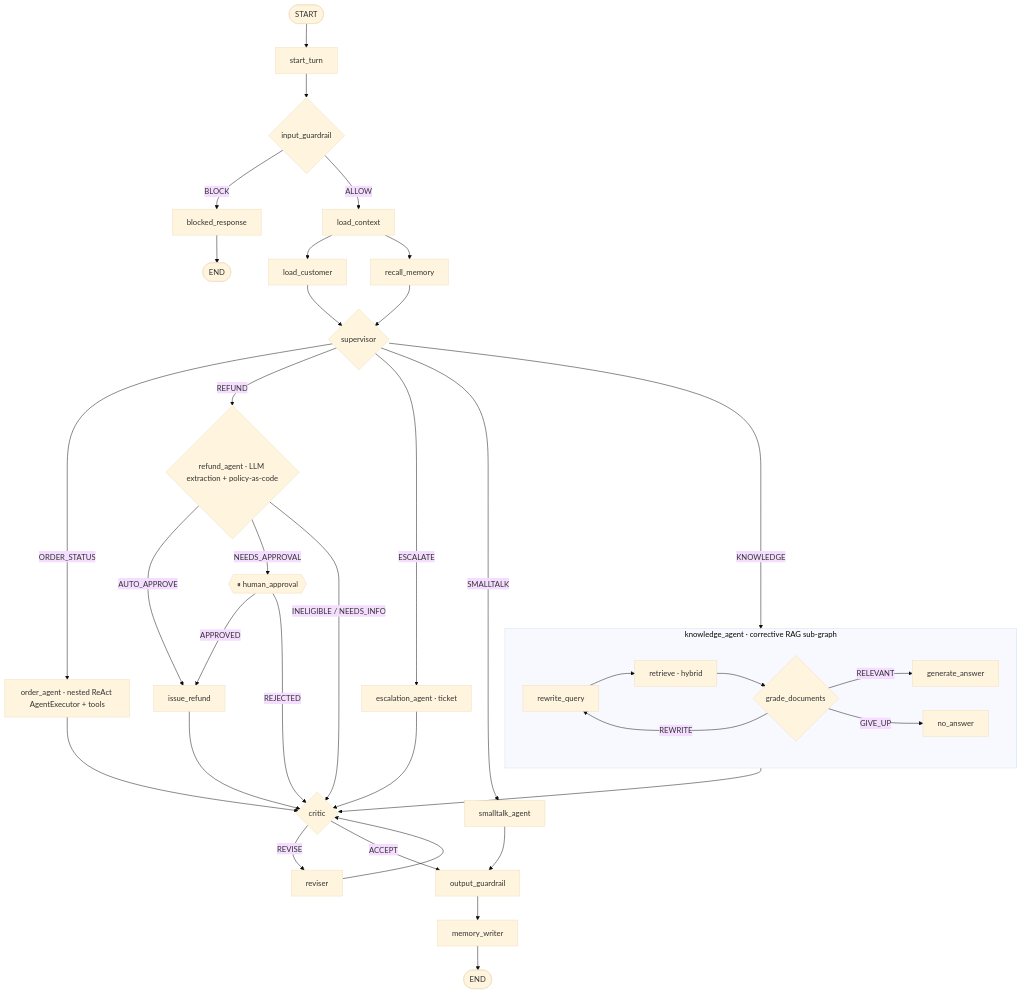
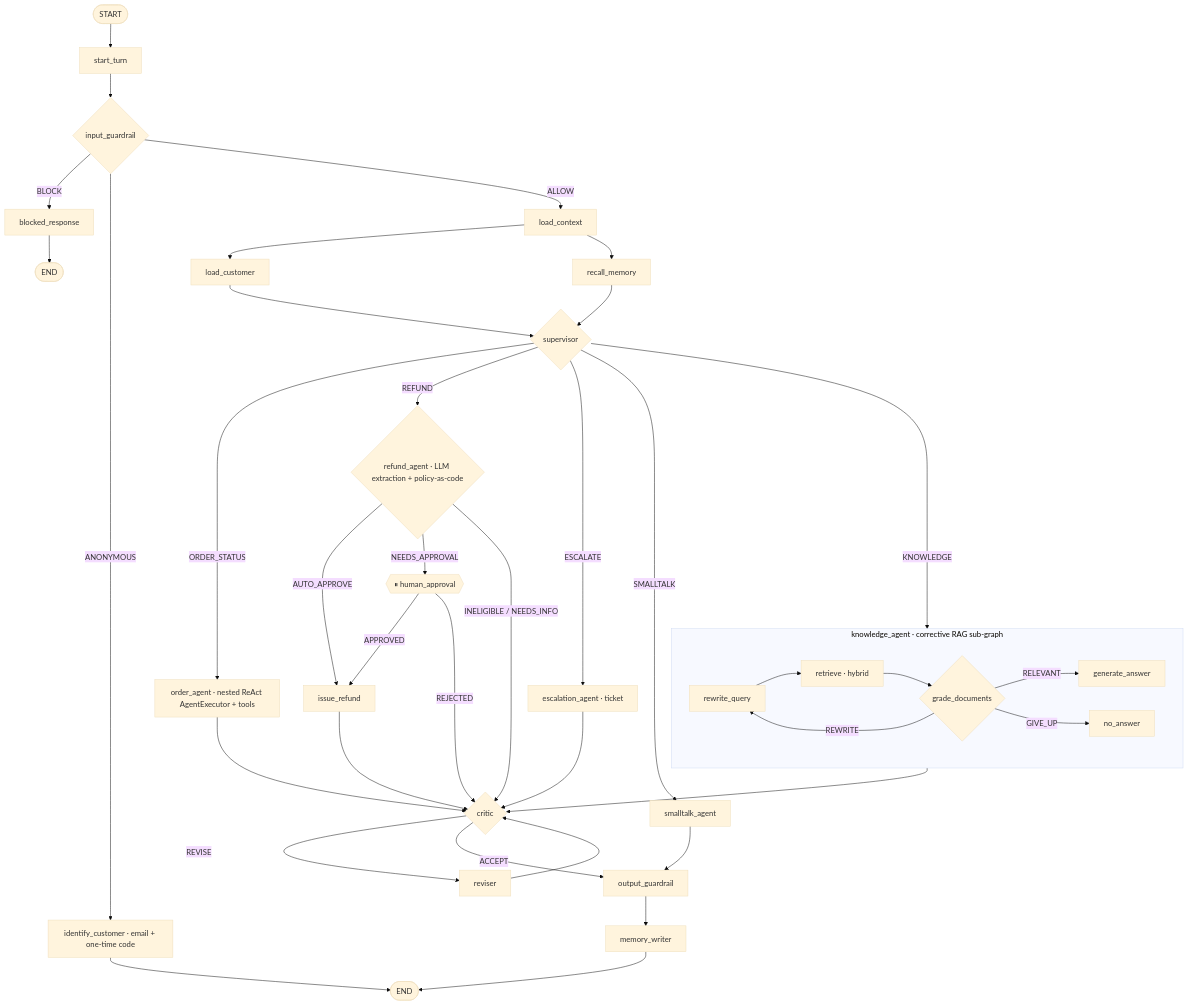
Before and after one commit to mvisosky/langgraph4j-demo: the diagram in README.md, drawn with Mermaid (base theme). The commit also changed other lines of this file and 32 other files, not shown here.

Commit message:
Adding customer idenfication and confirmation via code; tweaks to support better agent responses; adding chat UI at /chat

````diff
--- a/README.md
+++ b/README.md
@@ -12,32 +12,33 @@
 ```mermaid
 flowchart TD
     S([START]) --> T[start_turn] --> IG{input_guardrail}
     IG -- BLOCK --> BR[blocked_response] --> E1([END])
+    IG -- ANONYMOUS --> ID[identify_customer · email + one-time code] --> E2([END])
     IG -- ALLOW --> LC[load_context]
     LC --> CU[load_customer] & RM[recall_memory]
     CU & RM --> SUP{supervisor}
     SUP -- KNOWLEDGE --> KA
     subgraph KA[knowledge_agent · corrective RAG sub-graph]
         RQ[rewrite_query] --> RT[retrieve · hybrid] --> GD{grade_documents}
         GD -- REWRITE --> RQ
         GD -- RELEVANT --> GA[generate_answer]
         GD -- GIVE_UP --> NA[no_answer]
     end
     SUP -- ORDER_STATUS --> OA[order_agent · nested ReAct AgentExecutor + tools]
     SUP -- REFUND --> RA{refund_agent · LLM extraction + policy-as-code}
     RA -- AUTO_APPROVE --> IR[issue_refund]
     RA -- NEEDS_APPROVAL --> HA{{⏸ human_approval}}
     HA -- APPROVED --> IR
     HA -- REJECTED --> CR
     RA -- INELIGIBLE / NEEDS_INFO --> CR
     SUP -- ESCALATE --> ES[escalation_agent · ticket]
     SUP -- SMALLTALK --> ST[smalltalk_agent]
     KA --> CR{critic}
     OA --> CR
     IR --> CR
     ES --> CR
     CR -- REVISE --> RV[reviser] --> CR
     CR -- ACCEPT --> OG[output_guardrail]
     ST --> OG
     OG --> MW[memory_writer] --> E2([END])
 ```
````
